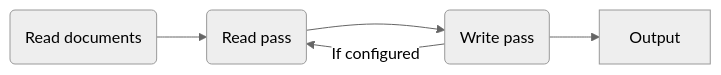
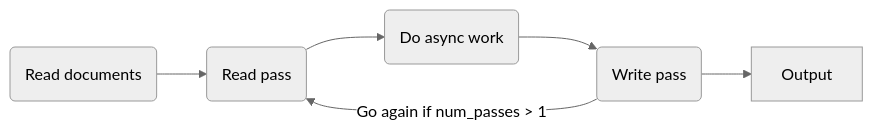
One commit to irskep/djockey changed the diagram in docs/out/gfm/plugins/using_plugins.md. Above: the diagram before and after it, drawn with Mermaid (neutral theme). The commit also changed 36 other files, not shown here.

````diff
--- a/docs/out/gfm/plugins/using_plugins.md
+++ b/docs/out/gfm/plugins/using_plugins.md
@@ -31,7 +31,8 @@
 ``` mermaid
 flowchart LR
     Parse(Read documents) --> Read(Read pass)
-    Read --> Write(Write pass)
-    Write -->|If configured| Read
+    Read --> async(Do async work)
+    async --> Write(Write pass)
+    Write -->|Go again if num_passes > 1| Read
     Write --> Output
 ```
````
